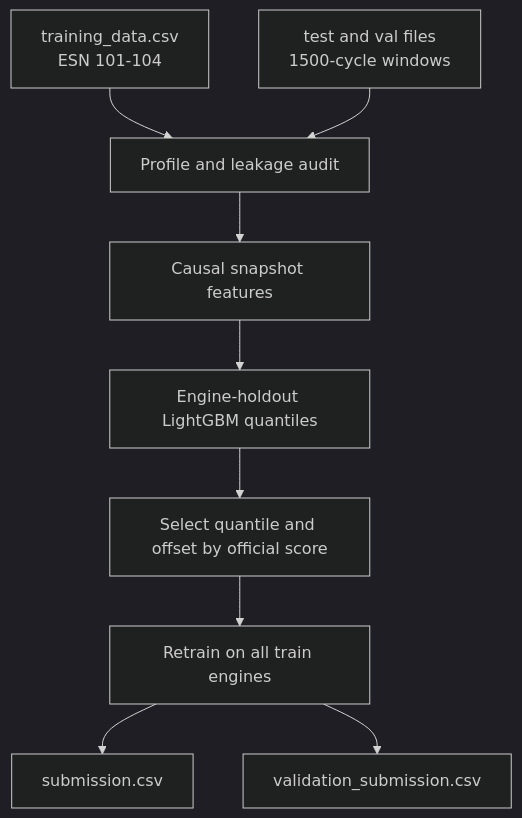
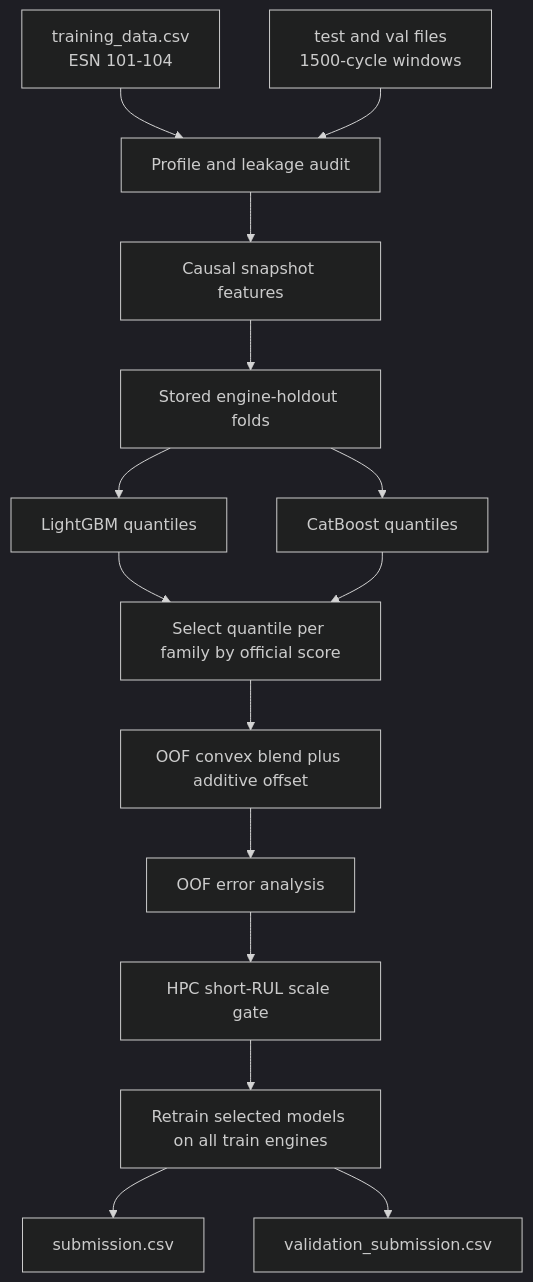
One commit to zico1992/PHM changed the diagram in README.md. Above: the diagram before and after it, drawn with Mermaid (dark theme). The commit also changed other lines of this file and 32 other files, not shown here.

First line of the commit message:
Add HPC short-RUL gate and document the updated ensemble pipeline.

````diff
--- a/README.md
+++ b/README.md
@@ -32,11 +52,17 @@
 ```mermaid
 flowchart TD
   A[training_data.csv<br/>ESN 101-104] --> B[Profile and leakage audit]
   C[test and val files<br/>1500-cycle windows] --> B
   B --> D[Causal snapshot features]
-  D --> E[Engine-holdout LightGBM quantiles]
-  E --> F[Select quantile and offset by official score]
-  F --> G[Retrain on all train engines]
-  G --> H[submission.csv]
-  G --> I[validation_submission.csv]
+  D --> E[Stored engine-holdout folds]
+  E --> F[LightGBM quantiles]
+  E --> G[CatBoost quantiles]
+  F --> H[Select quantile per family by official score]
+  G --> H
+  H --> I[OOF convex blend plus additive offset]
+  I --> J[OOF error analysis]
+  J --> K[HPC short-RUL scale gate]
+  K --> L[Retrain selected models on all train engines]
+  L --> M[submission.csv]
+  L --> N[validation_submission.csv]
 ```
````
